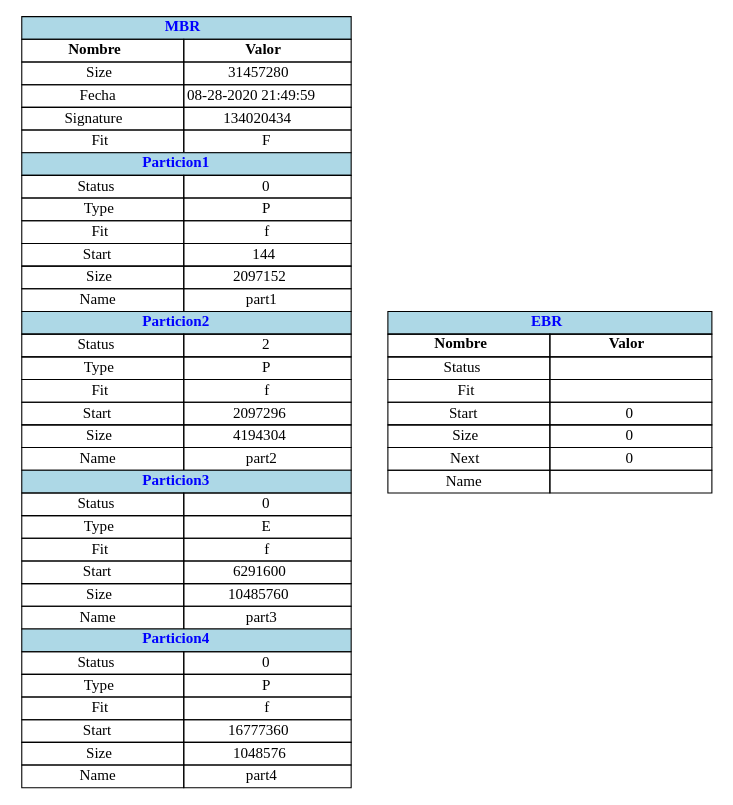
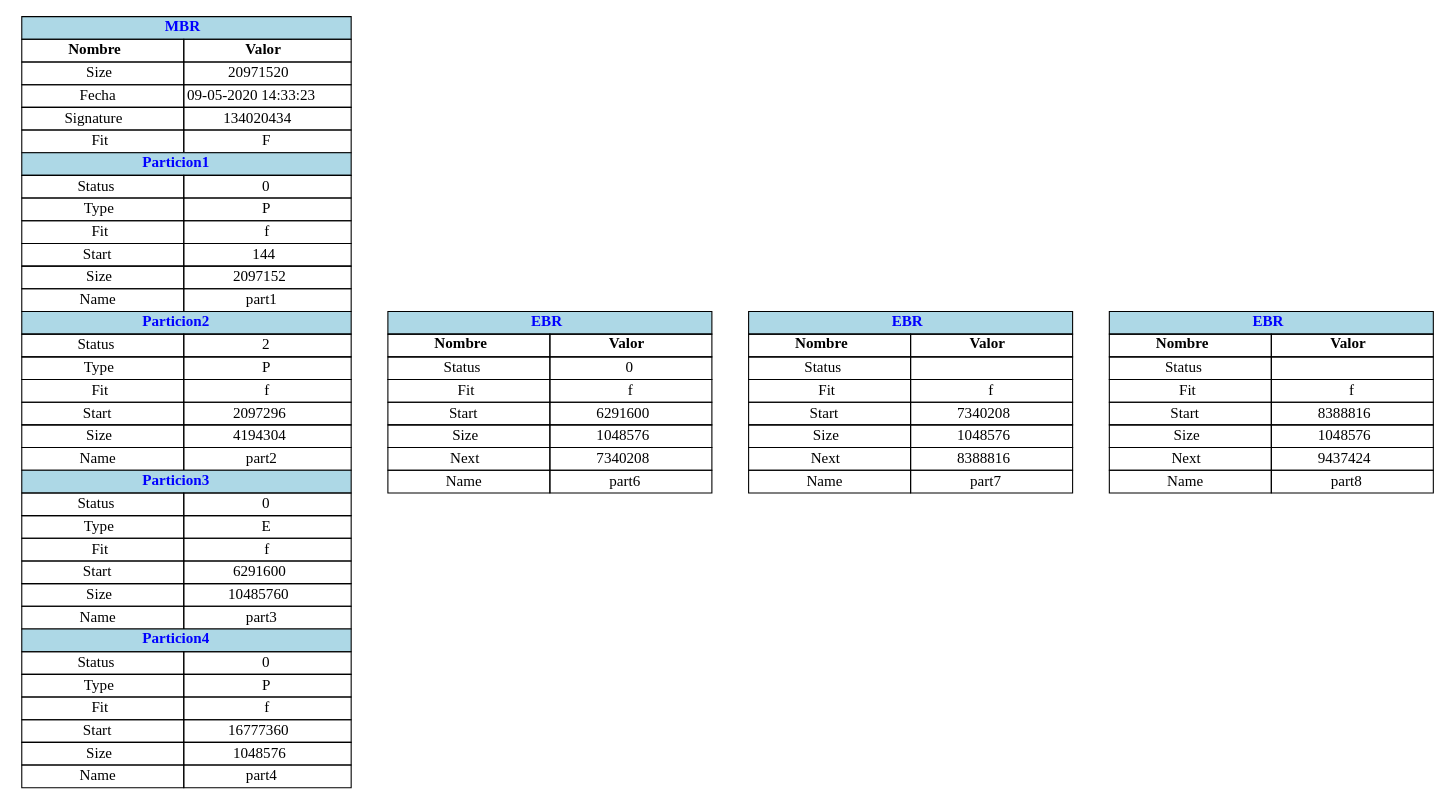
One commit to xJosee/SistemaArchivos changed the diagram in Reportes/graficaEBR.dot. Above: the diagram before and after it, drawn with Graphviz. The commit also changed 7 other files, not shown here.

```diff
--- a/Reportes/graficaEBR.dot
+++ b/Reportes/graficaEBR.dot
@@ -1,54 +1,80 @@
 digraph G{ 
 node [shape=plaintext]
 tbl[
 label=<
 <table border='0' cellborder='1' cellspacing='0' width='300'  height='200' >
  <tr ><td colspan='2' bgcolor= 'lightblue' ><b><font color='blue'>MBR</font></b></td></tr><tr>  <td width='150'> <b>Nombre</b> </td> <td width='150'> <b>Valor</b> </td>  </tr>
-<tr>  <td>Size</td><td>31457280</td>  </tr>
-<tr>  <td>Fecha</td> <td>08-28-2020 21:49:59</td>  </tr>
+<tr>  <td>Size</td><td>20971520</td>  </tr>
+<tr>  <td>Fecha</td> <td>09-05-2020 14:33:23</td>  </tr>
 <tr>  <td>Signature</td> <td>134020434</td>  </tr>
 <tr>  <td>Fit</td> <td>F</td>  </tr>
 <tr ><td colspan='2' bgcolor= 'lightblue' ><b><font color='blue'>Particion1</font></b></td></tr>
 <tr>  <td>Status</td> <td>0</td>  </tr>
 <tr>  <td>Type</td> <td>P</td>  </tr>
 <tr>  <td>Fit</td> <td>f</td>  </tr>
 <tr>  <td>Start</td> <td>144</td>  </tr>
 <tr>  <td>Size</td> <td>2097152</td>  </tr>
 <tr>  <td>Name</td> <td>part1</td>  </tr>
 <tr ><td colspan='2' bgcolor= 'lightblue' ><b><font color='blue'>Particion2</font></b></td></tr>
 <tr>  <td>Status</td> <td>2</td>  </tr>
 <tr>  <td>Type</td> <td>P</td>  </tr>
 <tr>  <td>Fit</td> <td>f</td>  </tr>
 <tr>  <td>Start</td> <td>2097296</td>  </tr>
 <tr>  <td>Size</td> <td>4194304</td>  </tr>
 <tr>  <td>Name</td> <td>part2</td>  </tr>
 <tr ><td colspan='2' bgcolor= 'lightblue' ><b><font color='blue'>Particion3</font></b></td></tr>
 <tr>  <td>Status</td> <td>0</td>  </tr>
 <tr>  <td>Type</td> <td>E</td>  </tr>
 <tr>  <td>Fit</td> <td>f</td>  </tr>
 <tr>  <td>Start</td> <td>6291600</td>  </tr>
 <tr>  <td>Size</td> <td>10485760</td>  </tr>
 <tr>  <td>Name</td> <td>part3</td>  </tr>
 <tr ><td colspan='2' bgcolor= 'lightblue' ><b><font color='blue'>Particion4</font></b></td></tr>
 <tr>  <td>Status</td> <td>0</td>  </tr>
 <tr>  <td>Type</td> <td>P</td>  </tr>
 <tr>  <td>Fit</td> <td>f</td>  </tr>
 <tr>  <td>Start</td> <td>16777360</td>  </tr>
 <tr>  <td>Size</td> <td>1048576</td>  </tr>
 <tr>  <td>Name</td> <td>part4</td>  </tr>
 </table>
 >];
 
 tbl_1[
 label=<
  <table border='0' cellborder='1' cellspacing='0'  width='300' height='160' >
  <tr ><td colspan='2' bgcolor= 'lightblue' ><b><font color='blue'>EBR</font></b></td></tr><tr ><td width='150'><b>Nombre</b></td> <td width='150'><b>Valor</b></td>  </tr>
+<tr>  <td>Status</td> <td>0</td>  </tr>
+<tr>  <td>Fit</td> <td>f</td>  </tr>
+<tr>  <td>Start</td> <td>6291600</td>  </tr>
+<tr>  <td>Size</td> <td>1048576</td>  </tr>
+<tr>  <td>Next</td> <td>7340208</td>  </tr>
+<tr>  <td>Name</td> <td>part6</td>  </tr>
+</table>
+>];
+
+tbl_2[
+label=<
+ <table border='0' cellborder='1' cellspacing='0'  width='300' height='160' >
+ <tr ><td colspan='2' bgcolor= 'lightblue' ><b><font color='blue'>EBR</font></b></td></tr><tr ><td width='150'><b>Nombre</b></td> <td width='150'><b>Valor</b></td>  </tr>
 <tr>  <td>Status</td> <td></td>  </tr>
-<tr>  <td>Fit</td> <td></td>  </tr>
-<tr>  <td>Start</td> <td>0</td>  </tr>
-<tr>  <td>Size</td> <td>0</td>  </tr>
-<tr>  <td>Next</td> <td>0</td>  </tr>
-<tr>  <td>Name</td> <td></td>  </tr>
+<tr>  <td>Fit</td> <td>f</td>  </tr>
+<tr>  <td>Start</td> <td>7340208</td>  </tr>
+<tr>  <td>Size</td> <td>1048576</td>  </tr>
+<tr>  <td>Next</td> <td>8388816</td>  </tr>
+<tr>  <td>Name</td> <td>part7</td>  </tr>
+</table>
+>];
+
+tbl_3[
+label=<
+ <table border='0' cellborder='1' cellspacing='0'  width='300' height='160' >
+ <tr ><td colspan='2' bgcolor= 'lightblue' ><b><font color='blue'>EBR</font></b></td></tr><tr ><td width='150'><b>Nombre</b></td> <td width='150'><b>Valor</b></td>  </tr>
+<tr>  <td>Status</td> <td></td>  </tr>
+<tr>  <td>Fit</td> <td>f</td>  </tr>
+<tr>  <td>Start</td> <td>8388816</td>  </tr>
+<tr>  <td>Size</td> <td>1048576</td>  </tr>
+<tr>  <td>Next</td> <td>9437424</td>  </tr>
+<tr>  <td>Name</td> <td>part8</td>  </tr>
 </table>
 >];
 }
```
